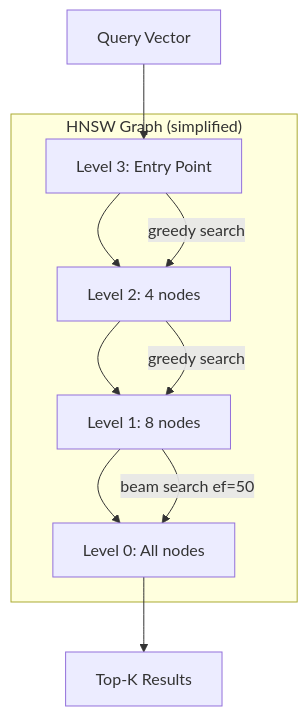
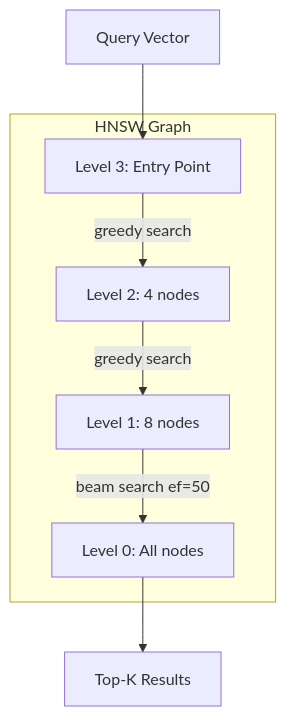
One commit to mohd98zaid/-LocalApply-bot changed the eighth of 17 diagrams in ARCHITECTURE.md. Above: the diagram before and after it, drawn with Mermaid. The commit also changed other lines of this file, not shown here.

First line of the commit message:
fix: Mermaid diagram syntax issues in ARCHITECTURE.md

````diff
--- a/ARCHITECTURE.md
+++ b/ARCHITECTURE.md
@@ -271,19 +271,16 @@
 ```mermaid
 flowchart TD
-    subgraph HNSW ["HNSW Graph (simplified)"]
+    Q[Query Vector] --> L3
+
+    subgraph HNSW ["HNSW Graph"]
         L3[Level 3: Entry Point]
         L2[Level 2: 4 nodes]
         L1[Level 1: 8 nodes]
         L0[Level 0: All nodes]
-
-        L3 --> L2
-        L2 --> L1
-        L1 --> L0
     end
 
-    Q[Query Vector] --> L3
     L3 -->|greedy search| L2
     L2 -->|greedy search| L1
     L1 -->|beam search ef=50| L0
     L0 --> R[Top-K Results]
 ```
````
